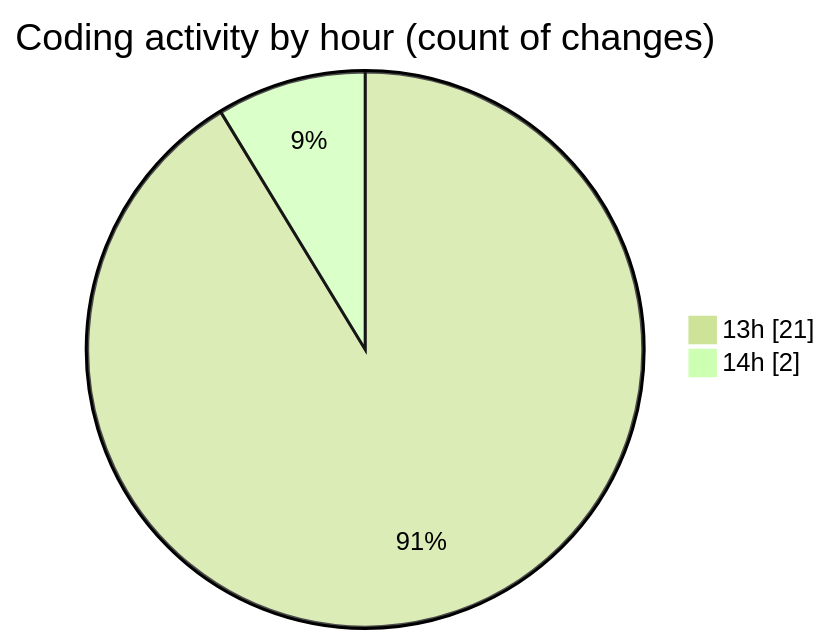
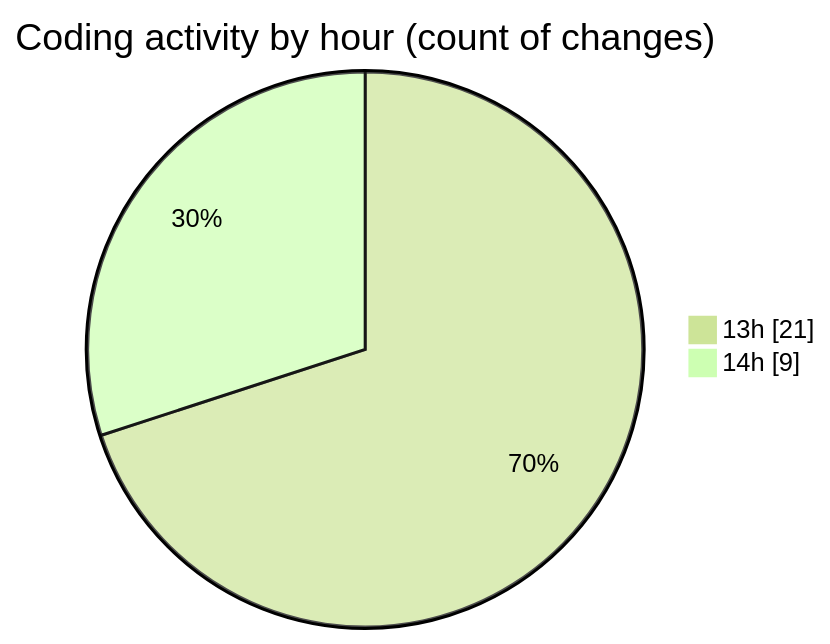
One commit to CELIANVF/code-tracking changed the second of 2 diagrams in 2025-05-26/ecodeli-1/README.md. Above: the diagram before and after it, drawn with Mermaid (forest theme). The commit also changed other lines of this file and 1 other file, not shown here.

````diff
--- a/2025-05-26/ecodeli-1/README.md
+++ b/2025-05-26/ecodeli-1/README.md
@@ -38,6 +38,6 @@
 ```mermaid
 pie showData
 title Coding activity by hour (count of changes)
 "13h" : 21
-"14h" : 2
+"14h" : 9
 ```
````
